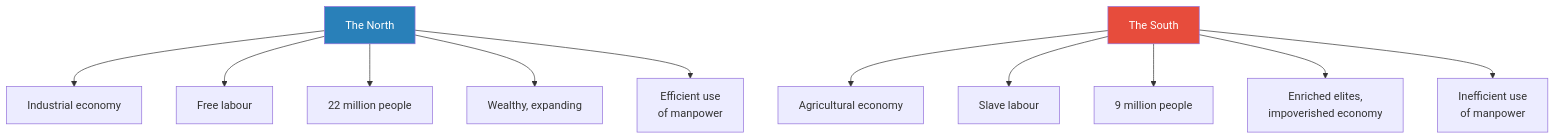
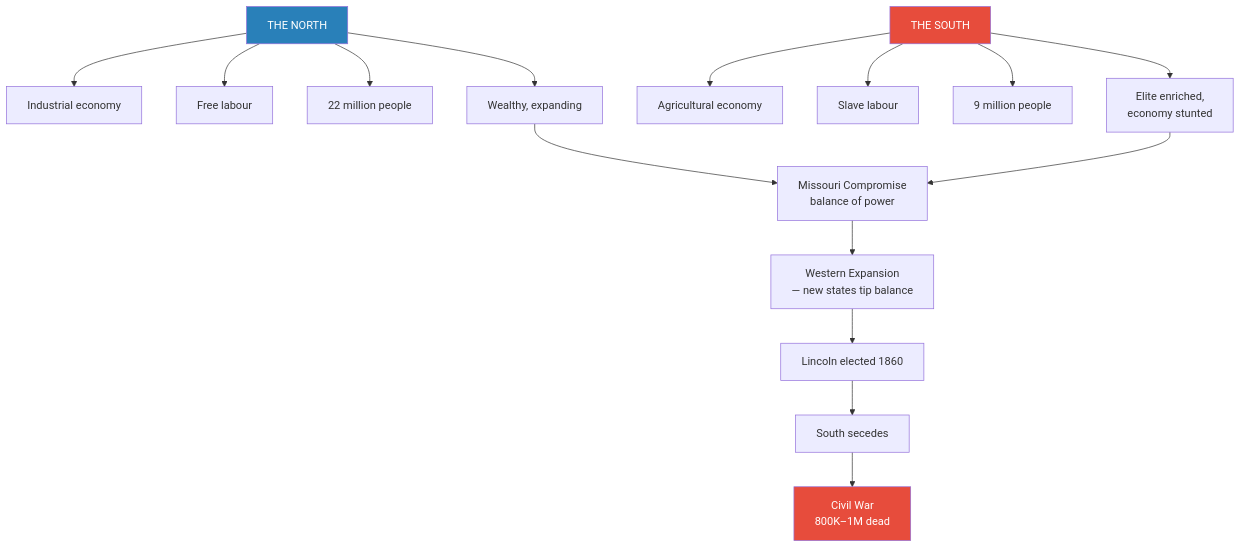
One commit to alius33/reader changed the third of 9 diagrams in summaries/Lectures/Geo-Strategy/11 - The Second American Civil War.md. Above: the diagram before and after it, drawn with Mermaid. The commit also changed other lines of this file and 26 other files, not shown here.

````diff
--- a/summaries/Lectures/Geo-Strategy/11 - The Second American Civil War.md
+++ b/summaries/Lectures/Geo-Strategy/11 - The Second American Civil War.md
@@ -131,17 +150,22 @@
 ```mermaid
 flowchart TB
-    N["The North"]
-    S["The South"]
+    N["THE NORTH"]
+    S["THE SOUTH"]
     N --> N1["Industrial economy"]
     N --> N2["Free labour"]
     N --> N3["22 million people"]
     N --> N4["Wealthy, expanding"]
-    N --> N5["Efficient use<br/>of manpower"]
     S --> S1["Agricultural economy"]
     S --> S2["Slave labour"]
     S --> S3["9 million people"]
-    S --> S4["Enriched elites,<br/>impoverished economy"]
-    S --> S5["Inefficient use<br/>of manpower"]
+    S --> S4["Elite enriched,<br/>economy stunted"]
+    N4 --> MC["Missouri Compromise<br/>balance of power"]
+    S4 --> MC
+    MC --> WE["Western Expansion<br/>— new states tip balance"]
+    WE --> L["Lincoln elected 1860"]
+    L --> SEC["South secedes"]
+    SEC --> WAR["Civil War<br/>800K–1M dead"]
     style N fill:#2980b9,color:#fff
     style S fill:#e74c3c,color:#fff
+    style WAR fill:#e74c3c,color:#fff
 ```
````
